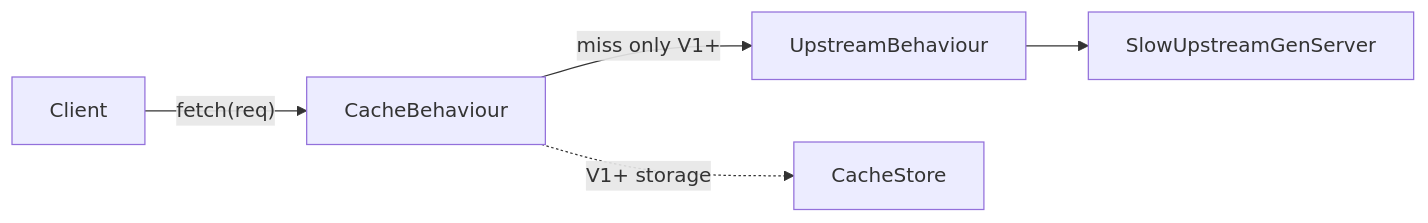
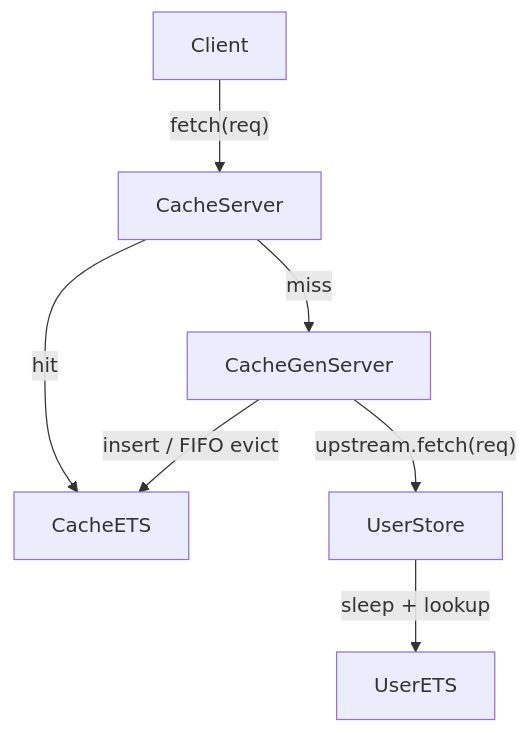
Before and after one commit to muzamilarshad/appwork_cache: the first of 2 diagrams in docs/architecture.md, drawn with Mermaid. The commit also changed other lines of this file and 1 other file, not shown here.

Commit message:
docs(v1): update architecture diagram and README

````diff
--- a/docs/architecture.md
+++ b/docs/architecture.md
@@ -7,7 +5,9 @@
 ```mermaid
-flowchart LR
-  Client -->|"fetch(req)"| CacheBehaviour
-  CacheBehaviour -->|"miss only V1+"| UpstreamBehaviour
-  UpstreamBehaviour --> SlowUpstreamGenServer
-  CacheBehaviour -.->|"V1+ storage"| CacheStore
+flowchart TB
+  Client -->|"fetch(req)"| CacheServer
+  CacheServer -->|"hit"| CacheETS
+  CacheServer -->|"miss"| CacheGenServer
+  CacheGenServer -->|"upstream.fetch(req)"| UserStore
+  UserStore -->|"sleep + lookup"| UserETS
+  CacheGenServer -->|"insert / FIFO evict"| CacheETS
 ```
````
